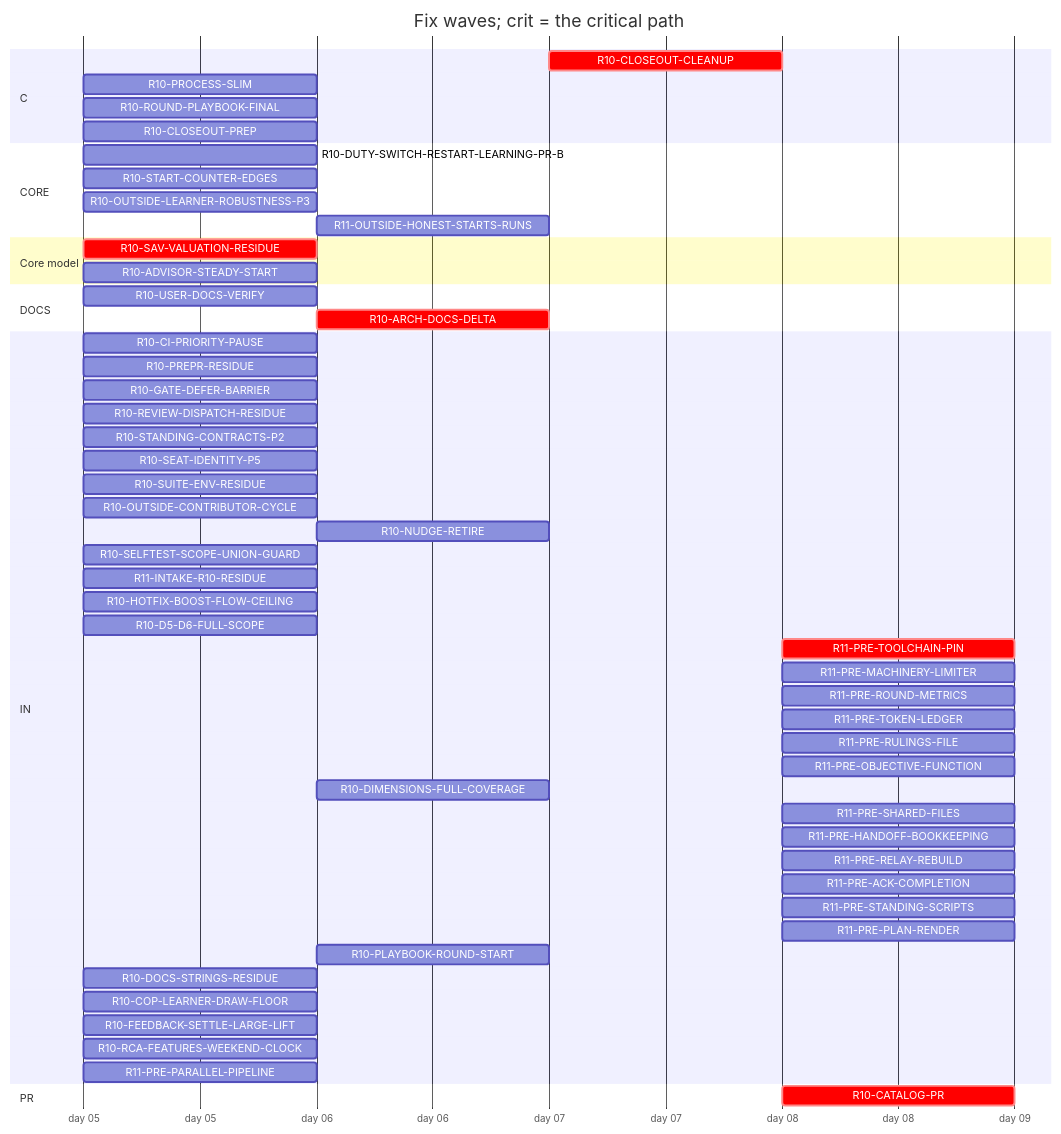
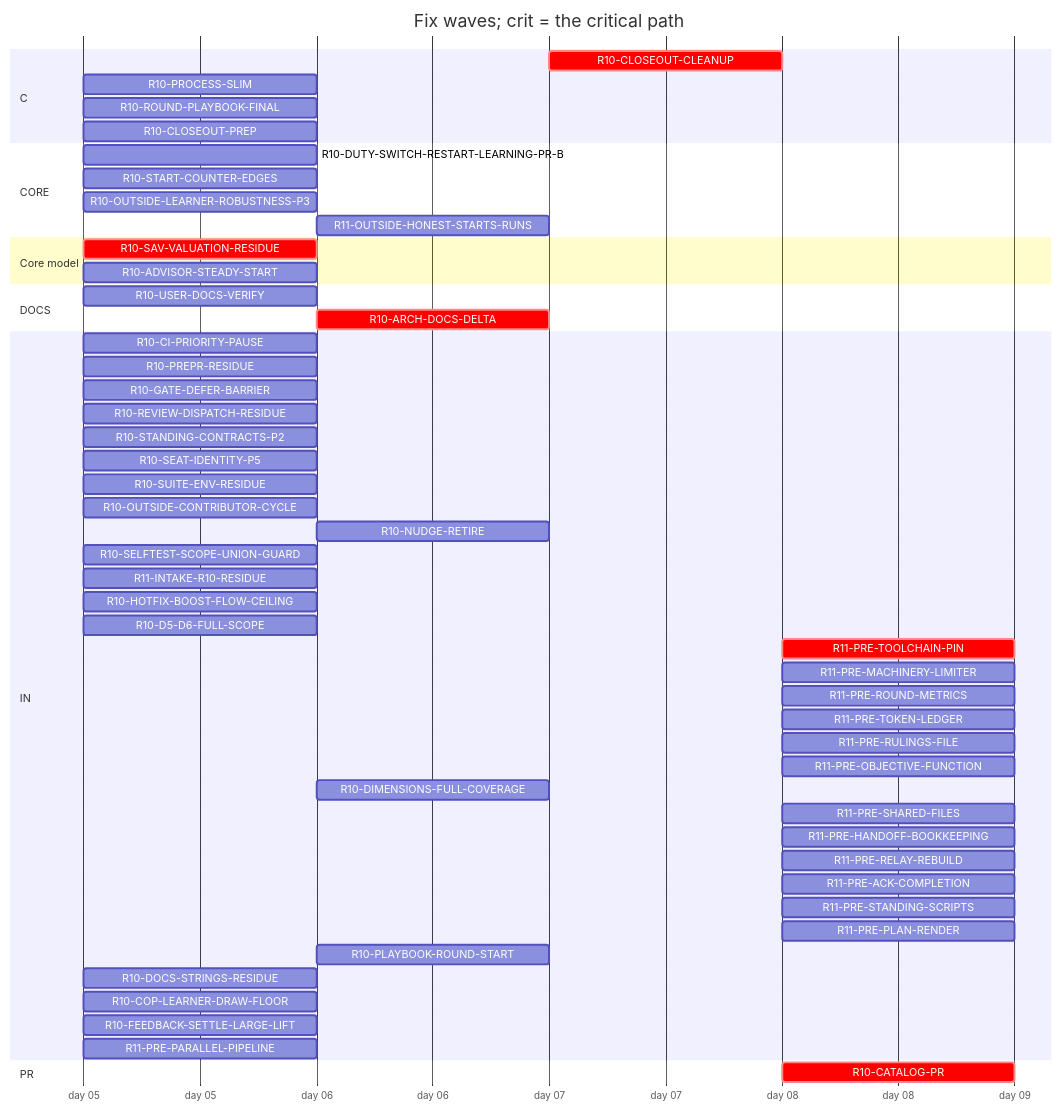
The diagram in handoff/round10/state/PLAN-TABLE.md (tvofi/heatpump_optimizer), drawn with Mermaid before and after one commit. The commit also changed other lines of this file and 3 other files, not shown here.

Commit message:
state: FLOW-BOARD.md, NEXT-SESSION-PROMPT.md, PLAN-TABLE.md, RESUME-CURRENT.md regenerated (state_docs.py)

````diff
--- a/handoff/round10/state/PLAN-TABLE.md
+++ b/handoff/round10/state/PLAN-TABLE.md
@@ -19,57 +19,56 @@
 ```mermaid
 gantt
   title Fix waves; crit = the critical path
   dateFormat YYYY-MM-DD
   axisFormat day %d
   section C
     R10-CLOSEOUT-CLEANUP :crit, r10CLOSEOUTCLEANUP, after r10USERDOCSVERIFY r10CLOSEOUTPREP r10ARCHDOCSDELTA, 1d
     R10-PROCESS-SLIM :r10PROCESSSLIM, 2026-01-05, 1d
     R10-ROUND-PLAYBOOK-FINAL :r10ROUNDPLAYBOOKFINAL, 2026-01-05, 1d
     R10-CLOSEOUT-PREP :r10CLOSEOUTPREP, 2026-01-05, 1d
   section CORE
     R10-DUTY-SWITCH-RESTART-LEARNING-PR-B :r10DUTYSWITCHRESTARTLEARNINGPRB, 2026-01-05, 1d
     R10-START-COUNTER-EDGES :r10STARTCOUNTEREDGES, 2026-01-05, 1d
     R10-OUTSIDE-LEARNER-ROBUSTNESS-P3 :r10OUTSIDELEARNERROBUSTNESSP3, 2026-01-05, 1d
     R11-OUTSIDE-HONEST-STARTS-RUNS :r11OUTSIDEHONESTSTARTSRUNS, after r10ADVISORSTEADYSTART, 1d
   section Core model
     R10-SAV-VALUATION-RESIDUE :crit, r10SAVVALUATIONRESIDUE, 2026-01-05, 1d
     R10-ADVISOR-STEADY-START :r10ADVISORSTEADYSTART, 2026-01-05, 1d
   section DOCS
     R10-USER-DOCS-VERIFY :r10USERDOCSVERIFY, 2026-01-05, 1d
     R10-ARCH-DOCS-DELTA :crit, r10ARCHDOCSDELTA, after r10SAVVALUATIONRESIDUE r10ADVISORSTEADYSTART, 1d
   section IN
     R10-CI-PRIORITY-PAUSE :r10CIPRIORITYPAUSE, 2026-01-05, 1d
     R10-PREPR-RESIDUE :r10PREPRRESIDUE, 2026-01-05, 1d
     R10-GATE-DEFER-BARRIER :r10GATEDEFERBARRIER, 2026-01-05, 1d
     R10-REVIEW-DISPATCH-RESIDUE :r10REVIEWDISPATCHRESIDUE, 2026-01-05, 1d
     R10-STANDING-CONTRACTS-P2 :r10STANDINGCONTRACTSP2, 2026-01-05, 1d
     R10-SEAT-IDENTITY-P5 :r10SEATIDENTITYP5, 2026-01-05, 1d
     R10-SUITE-ENV-RESIDUE :r10SUITEENVRESIDUE, 2026-01-05, 1d
     R10-OUTSIDE-CONTRIBUTOR-CYCLE :r10OUTSIDECONTRIBUTORCYCLE, 2026-01-05, 1d
     R10-NUDGE-RETIRE :r10NUDGERETIRE, after r10ROUNDPLAYBOOKFINAL, 1d
     R10-SELFTEST-SCOPE-UNION-GUARD :r10SELFTESTSCOPEUNIONGUARD, 2026-01-05, 1d
     R11-INTAKE-R10-RESIDUE :r11INTAKER10RESIDUE, 2026-01-05, 1d
     R10-HOTFIX-BOOST-FLOW-CEILING :r10HOTFIXBOOSTFLOWCEILING, 2026-01-05, 1d
     R10-D5-D6-FULL-SCOPE :r10D5D6FULLSCOPE, 2026-01-05, 1d
     R11-PRE-TOOLCHAIN-PIN :crit, r11PRETOOLCHAINPIN, after r10CATALOGPR, 1d
     R11-PRE-MACHINERY-LIMITER :r11PREMACHINERYLIMITER, after r10CATALOGPR, 1d
     R11-PRE-ROUND-METRICS :r11PREROUNDMETRICS, after r10CATALOGPR, 1d
     R11-PRE-TOKEN-LEDGER :r11PRETOKENLEDGER, after r10CATALOGPR, 1d
     R11-PRE-RULINGS-FILE :r11PRERULINGSFILE, after r10CATALOGPR, 1d
     R11-PRE-OBJECTIVE-FUNCTION :r11PREOBJECTIVEFUNCTION, after r10CATALOGPR, 1d
     R10-DIMENSIONS-FULL-COVERAGE :r10DIMENSIONSFULLCOVERAGE, after r10D5D6FULLSCOPE, 1d
     R11-PRE-SHARED-FILES :r11PRESHAREDFILES, after r10CATALOGPR, 1d
     R11-PRE-HANDOFF-BOOKKEEPING :r11PREHANDOFFBOOKKEEPING, after r10CATALOGPR, 1d
     R11-PRE-RELAY-REBUILD :r11PRERELAYREBUILD, after r10CATALOGPR, 1d
     R11-PRE-ACK-COMPLETION :r11PREACKCOMPLETION, after r10CATALOGPR, 1d
     R11-PRE-STANDING-SCRIPTS :r11PRESTANDINGSCRIPTS, after r10CATALOGPR, 1d
     R11-PRE-PLAN-RENDER :r11PREPLANRENDER, after r10CATALOGPR, 1d
     R10-PLAYBOOK-ROUND-START :r10PLAYBOOKROUNDSTART, after r10ROUNDPLAYBOOKFINAL, 1d
     R10-DOCS-STRINGS-RESIDUE :r10DOCSSTRINGSRESIDUE, 2026-01-05, 1d
     R10-COP-LEARNER-DRAW-FLOOR :r10COPLEARNERDRAWFLOOR, 2026-01-05, 1d
     R10-FEEDBACK-SETTLE-LARGE-LIFT :r10FEEDBACKSETTLELARGELIFT, 2026-01-05, 1d
-    R10-RCA-FEATURES-WEEKEND-CLOCK :r10RCAFEATURESWEEKENDCLOCK, 2026-01-05, 1d
     R11-PRE-PARALLEL-PIPELINE :r11PREPARALLELPIPELINE, 2026-01-05, 1d
   section PR
     R10-CATALOG-PR :crit, r10CATALOGPR, after r10USERDOCSVERIFY r10CLOSEOUTCLEANUP r10CLOSEOUTPREP r10ARCHDOCSDELTA, 1d
 ```
````
